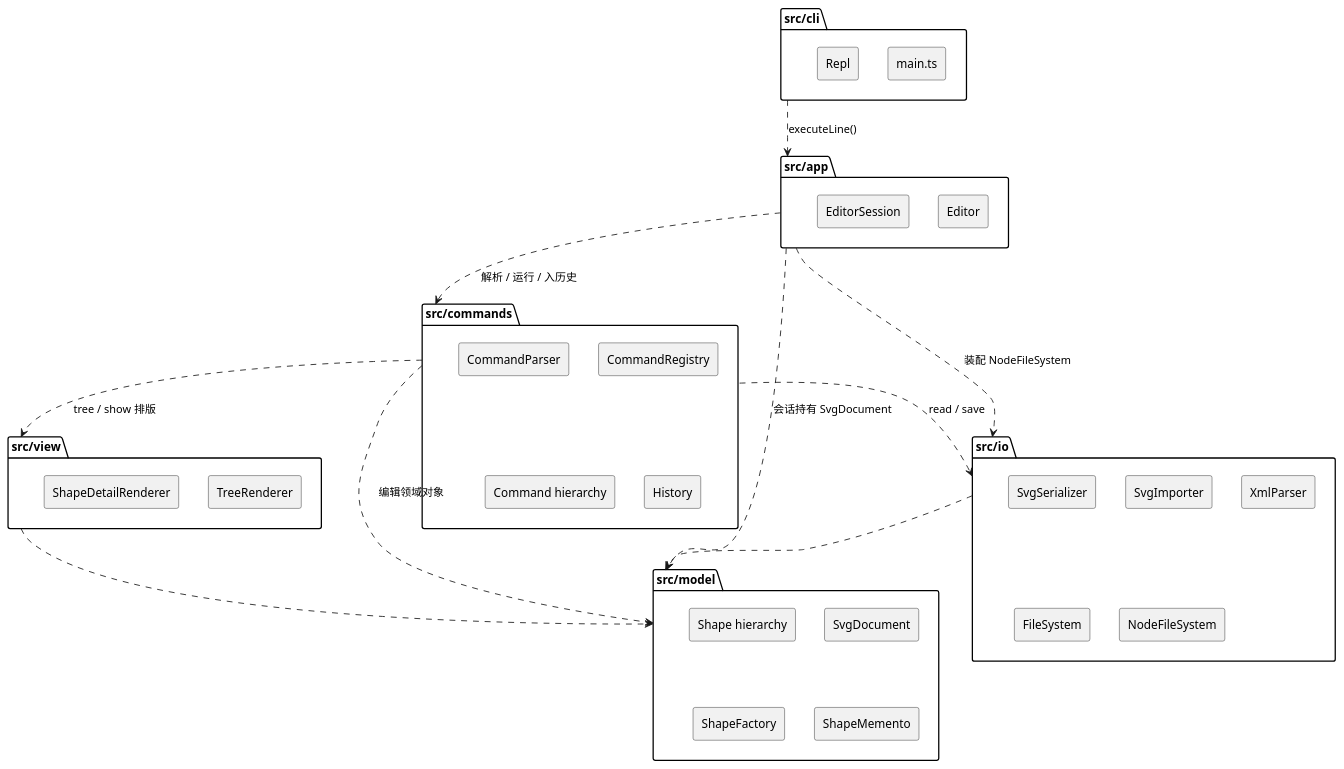
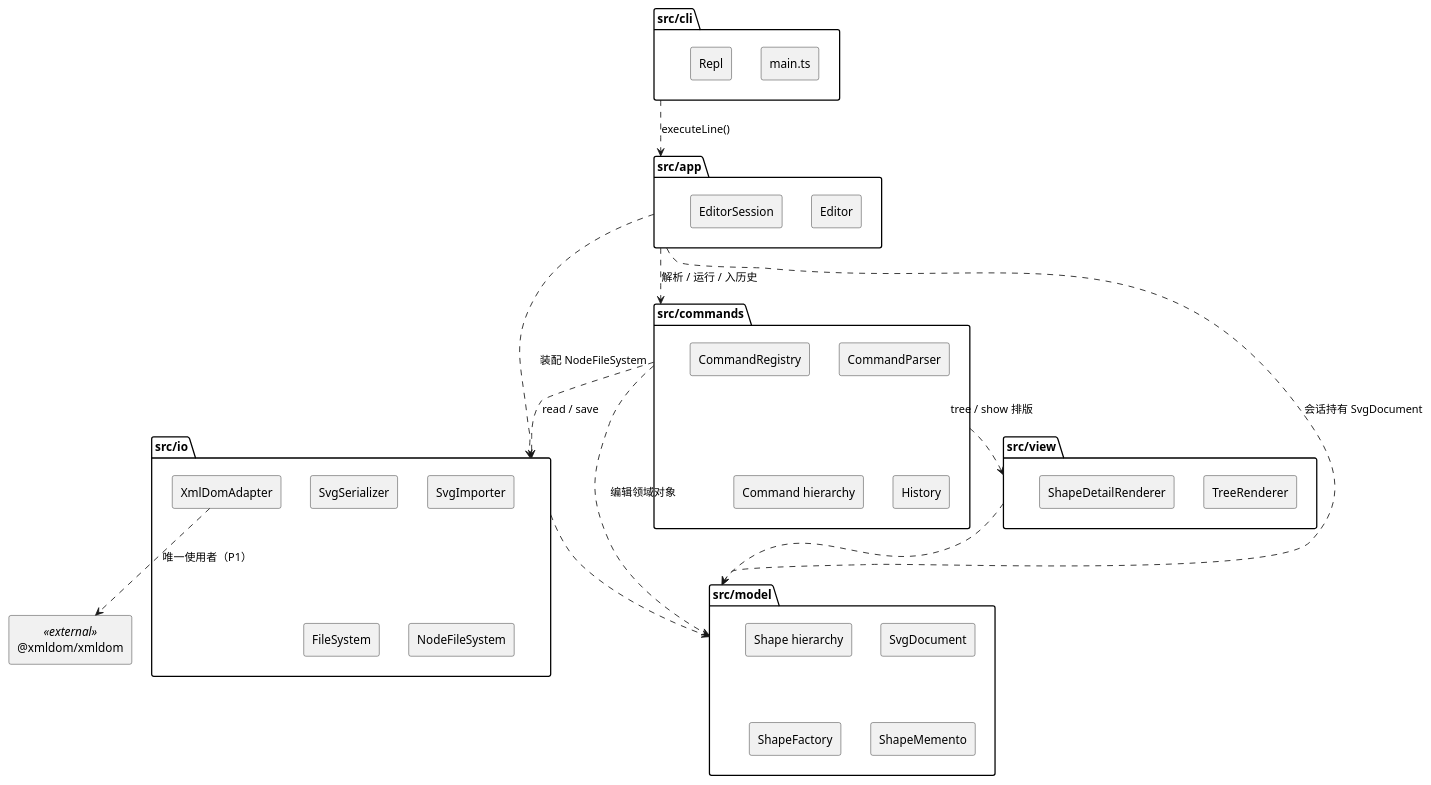
Before and after one commit to xwtan51/svg_editor: the first of 3 diagrams in doc/README.md, drawn with PlantUML. The commit also changed other lines of this file, not shown here.

First line of the commit message:
docs: revise architecture plan to v2 per review

````diff
--- a/doc/README.md
+++ b/doc/README.md
@@ -124,48 +125,50 @@
 ```plantuml
 @startuml modules
 skinparam componentStyle rectangle
 skinparam packageStyle folder
 
 package "src/cli" as cli {
   [main.ts]
   [Repl]
 }
 package "src/app" as app {
   [Editor]
   [EditorSession]
 }
 package "src/commands" as commands {
   [CommandParser]
   [CommandRegistry]
   [Command hierarchy]
   [History]
 }
 package "src/view" as view {
   [TreeRenderer]
   [ShapeDetailRenderer]
 }
 package "src/io" as io {
   [SvgSerializer]
   [SvgImporter]
-  [XmlParser]
+  [XmlDomAdapter]
   [FileSystem]
   [NodeFileSystem]
 }
 package "src/model" as model {
   [Shape hierarchy]
   [SvgDocument]
   [ShapeFactory]
   [ShapeMemento]
 }
+component "@xmldom/xmldom" as xmldom <<external>>
 
 cli ..> app : executeLine()
 app ..> commands : 解析 / 运行 / 入历史
 app ..> io : 装配 NodeFileSystem
 app ..> model : 会话持有 SvgDocument
 commands ..> model : 编辑领域对象
 commands ..> view : tree / show 排版
 commands ..> io : read / save
 view ..> model
 io ..> model
+[XmlDomAdapter] ..> xmldom : 唯一使用者（P1）
 @enduml
 ```
````
